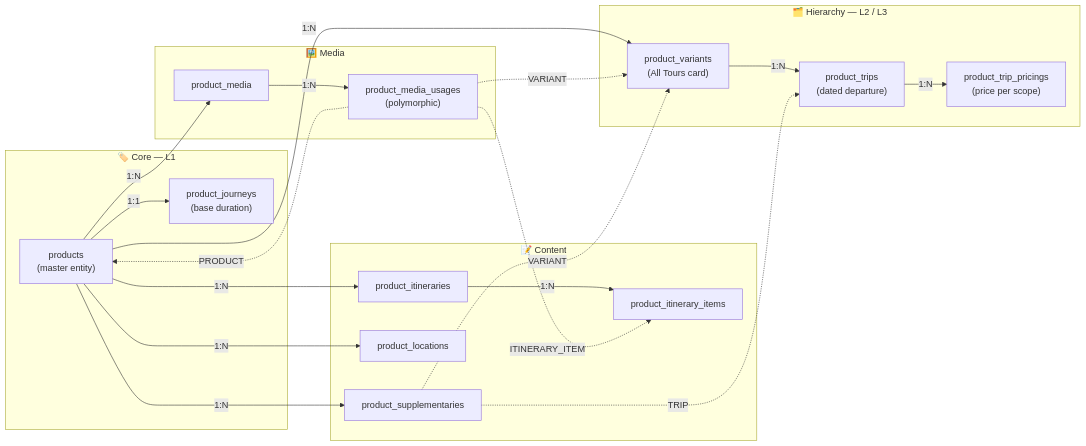
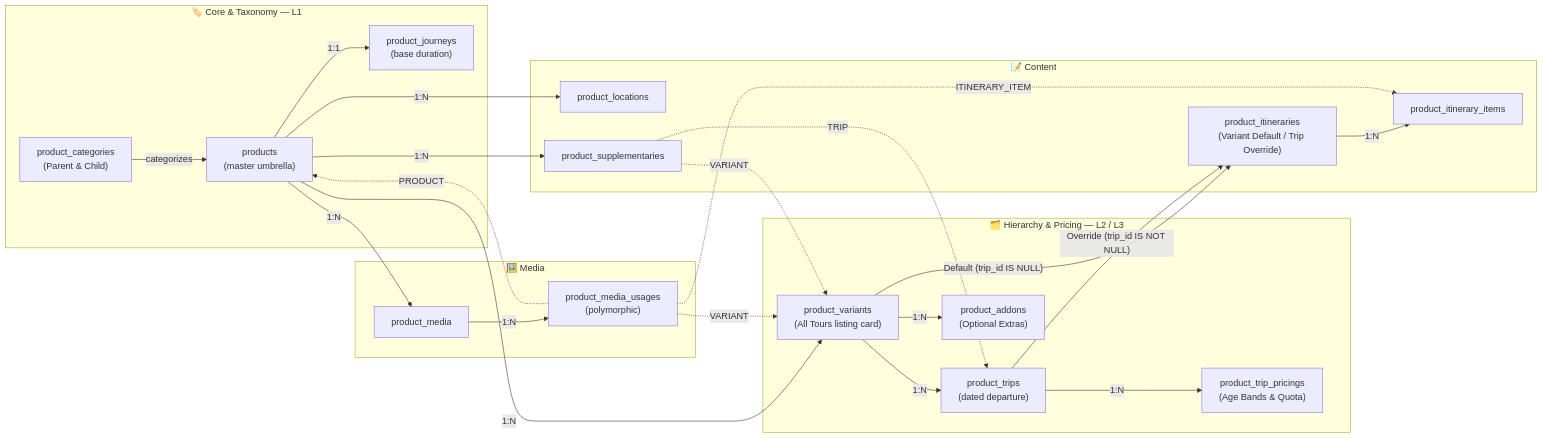
The third of 3 diagrams in technical/product-hierarchy-technical-design.md (Haris-saifudin/hobiholidays-documentations), drawn with Mermaid before and after one commit. The commit also changed other lines of this file and 7 other files, not shown here.

First line of the commit message:
docs(product): introduce 2-tier categories, variant itinerary fallback, itemized pricing, and badges

````diff
--- a/technical/product-hierarchy-technical-design.md
+++ b/technical/product-hierarchy-technical-design.md
@@ -374,45 +418,51 @@
 ```mermaid
 flowchart LR
-    subgraph CORE["🏷️ Core — L1"]
-        P["products\n(master entity)"]
+    subgraph CORE["🏷️ Core & Taxonomy — L1"]
+        CAT["product_categories\n(Parent & Child)"]
+        P["products\n(master umbrella)"]
         PJ["product_journeys\n(base duration)"]
     end
 
-    subgraph HIERARCHY["🗂️ Hierarchy — L2 / L3"]
-        PV["product_variants\n(All Tours card)"]
+    subgraph HIERARCHY["🗂️ Hierarchy & Pricing — L2 / L3"]
+        PV["product_variants\n(All Tours listing card)"]
         PT["product_trips\n(dated departure)"]
-        PP["product_trip_pricings\n(price per scope)"]
+        PP["product_trip_pricings\n(Age Bands & Quota)"]
+        ADD["product_addons\n(Optional Extras)"]
     end
 
     subgraph CONTENT["📝 Content"]
-        ITN["product_itineraries"]
+        ITN["product_itineraries\n(Variant Default / Trip Override)"]
         ITEM["product_itinerary_items"]
         LOC["product_locations"]
         SUPP["product_supplementaries"]
     end
 
     subgraph MEDIA["🖼️ Media"]
         M["product_media"]
         MU["product_media_usages\n(polymorphic)"]
     end
 
+    CAT -->|"categorizes"| P
     P   -->|"1:1"| PJ
     P   -->|"1:N"| PV
     PV  -->|"1:N"| PT
     PT  -->|"1:N"| PP
+    PV  -->|"1:N"| ADD
 
-    P   -->|"1:N"| ITN
+    PV  -->|"Default (trip_id IS NULL)"| ITN
+    PT  -->|"Override (trip_id IS NOT NULL)"| ITN
     ITN -->|"1:N"| ITEM
+
     P   -->|"1:N"| LOC
     P   -->|"1:N"| SUPP
 
     P   -->|"1:N"| M
     M   -->|"1:N"| MU
 
     MU  -. "PRODUCT" .-> P
     MU  -. "VARIANT" .-> PV
     MU  -. "ITINERARY_ITEM" .-> ITEM
 
     SUPP -. "VARIANT" .-> PV
     SUPP -. "TRIP" .-> PT
 ```
````
